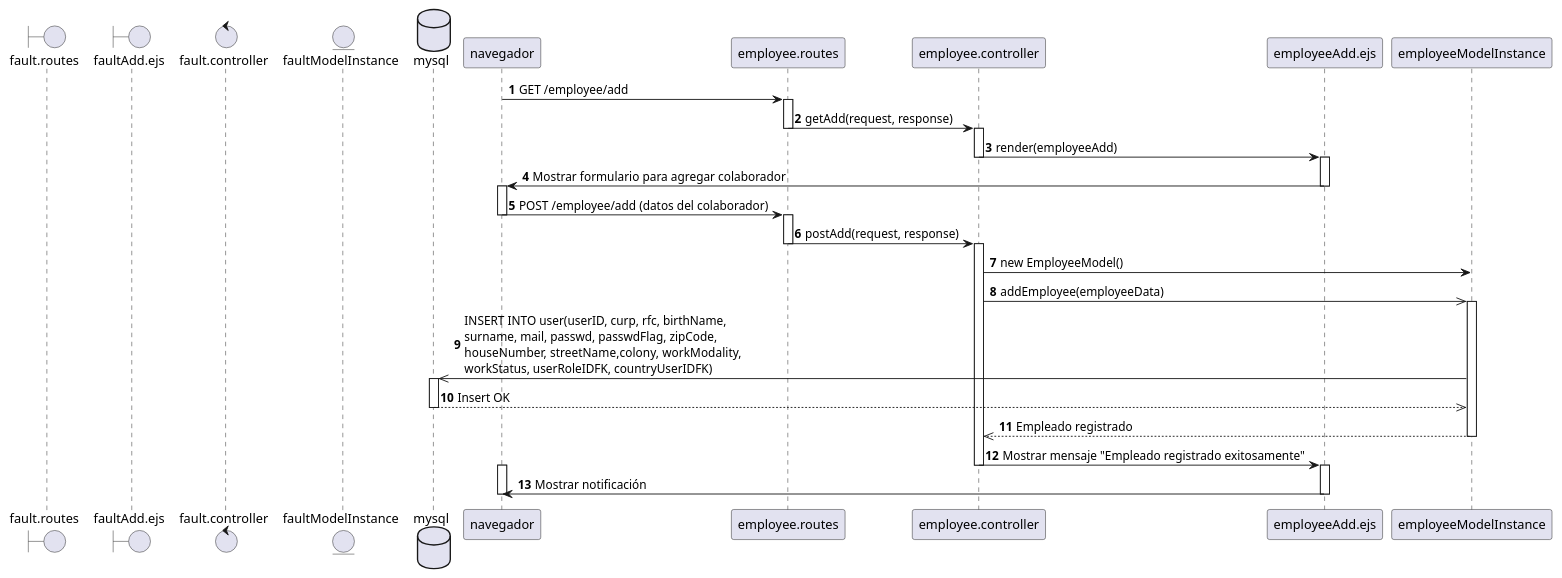
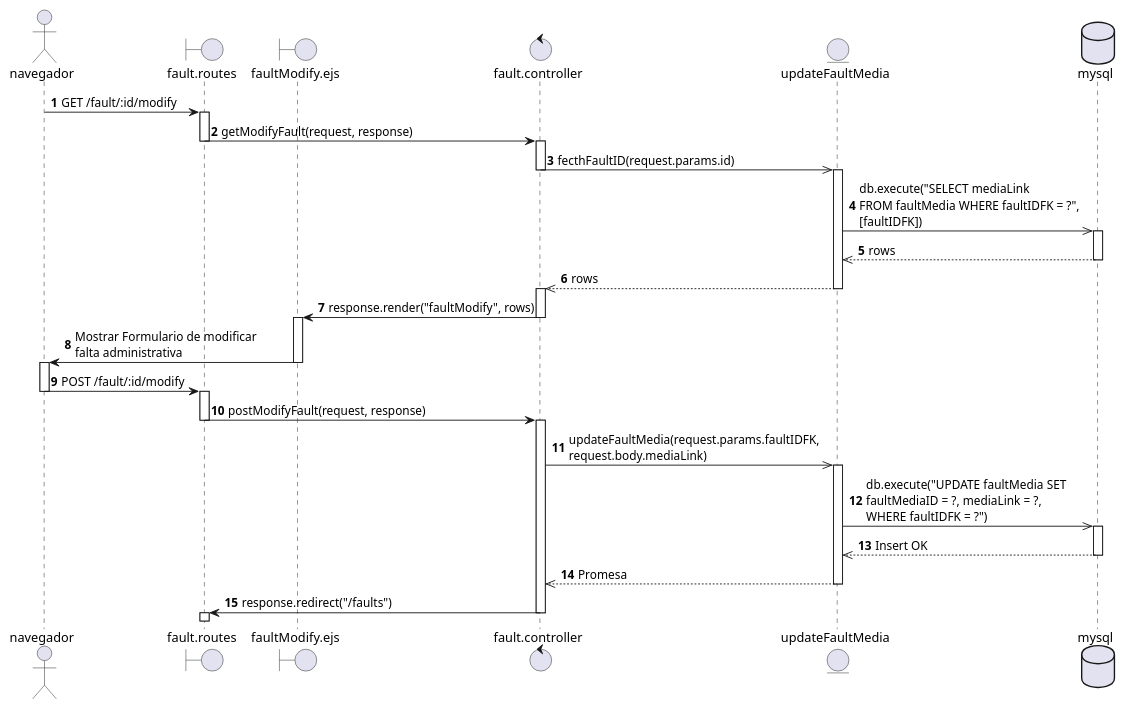
The diagram in diagrams/Casos de Uso/CU Emilio/DS/CU38.puml (EdCanCe/WorkCells), drawn with PlantUML before and after one commit.

Commit message:
Correccion de diagramas de secuencia CU38

```diff
--- a/diagrams/Casos de Uso/CU Emilio/DS/CU38.puml
+++ b/diagrams/Casos de Uso/CU Emilio/DS/CU38.puml
@@ -1,52 +1,65 @@
 @startuml CU38 - Superadmin registra evidencia de falta
+actor navegador
 boundary fault.routes
-boundary faultAdd.ejs
+boundary faultModify.ejs
 control fault.controller
-entity faultModelInstance
+entity updateFaultMedia
 database mysql
 
 autonumber
-navegador -> employee.routes : GET /employee/add
-activate employee.routes
+navegador -> fault.routes : GET /fault/:id/modify
+activate fault.routes
 
-employee.routes -> employee.controller: getAdd(request, response)
-deactivate employee.routes
-activate employee.controller
+fault.routes -> fault.controller : getModifyFault(request, response)
+deactivate fault.routes
+activate fault.controller
 
-employee.controller -> employeeAdd.ejs: render(employeeAdd)
-deactivate employee.controller
-activate employeeAdd.ejs
 
-employeeAdd.ejs -> navegador : Mostrar formulario para agregar colaborador
-deactivate employeeAdd.ejs
+fault.controller ->> updateFaultMedia : fecthFaultID(request.params.id)
+deactivate fault.controller
+activate updateFaultMedia
+
+updateFaultMedia ->> mysql : db.execute("SELECT mediaLink \nFROM faultMedia WHERE faultIDFK = ?", \n[faultIDFK])
+activate mysql
+
+mysql -->> updateFaultMedia : rows
+deactivate mysql
+
+updateFaultMedia -->> fault.controller : rows
+deactivate updateFaultMedia
+activate fault.controller
+
+fault.controller -> faultModify.ejs : response.render("faultModify", rows)
+deactivate fault.controller
+activate faultModify.ejs
+
+faultModify.ejs -> navegador : Mostrar Formulario de modificar \nfalta administrativa
+deactivate faultModify.ejs
 activate navegador
 
-navegador -> employee.routes : POST /employee/add (datos del colaborador)
+navegador -> fault.routes : POST /fault/:id/modify
 deactivate navegador
-activate employee.routes
+activate fault.routes
 
-employee.routes -> employee.controller : postAdd(request, response)
-deactivate employee.routes
-activate employee.controller
+fault.routes -> fault.controller : postModifyFault(request, response)
+deactivate fault.routes
+activate fault.controller
 
-employee.controller -> employeeModelInstance : new EmployeeModel()
+fault.controller ->> updateFaultMedia : updateFaultMedia(request.params.faultIDFK, \nrequest.body.mediaLink)
+activate updateFaultMedia
 
-employee.controller ->> employeeModelInstance : addEmployee(employeeData)
-activate employeeModelInstance
+updateFaultMedia ->> mysql : db.execute("UPDATE faultMedia SET \nfaultMediaID = ?, mediaLink = ?, \nWHERE faultIDFK = ?")
+activate mysql
 
-employeeModelInstance ->> mysql : INSERT INTO user(userID, curp, rfc, birthName,\nsurname, mail, passwd, passwdFlag, zipCode,\nhouseNumber, streetName,colony, workModality,\nworkStatus, userRoleIDFK, countryUserIDFK)
-activate mysql
-mysql -->> employeeModelInstance : Insert OK
+mysql -->> updateFaultMedia : Insert OK
 deactivate mysql
-employeeModelInstance -->> employee.controller : Empleado registrado
-deactivate employeeModelInstance
 
-employee.controller -> employeeAdd.ejs : Mostrar mensaje "Empleado registrado exitosamente"
-deactivate employee.controller
-activate employeeAdd.ejs
-activate navegador
-employeeAdd.ejs -> navegador : Mostrar notificación
-deactivate navegador
-deactivate employeeAdd.ejs
-deactivate employee.routes
+updateFaultMedia -->> fault.controller : Promesa
+deactivate updateFaultMedia
+
+fault.controller -> fault.routes : response.redirect("/faults")
+deactivate fault.controller
+activate fault.routes
+deactivate fault.routes
+
 @enduml
```
